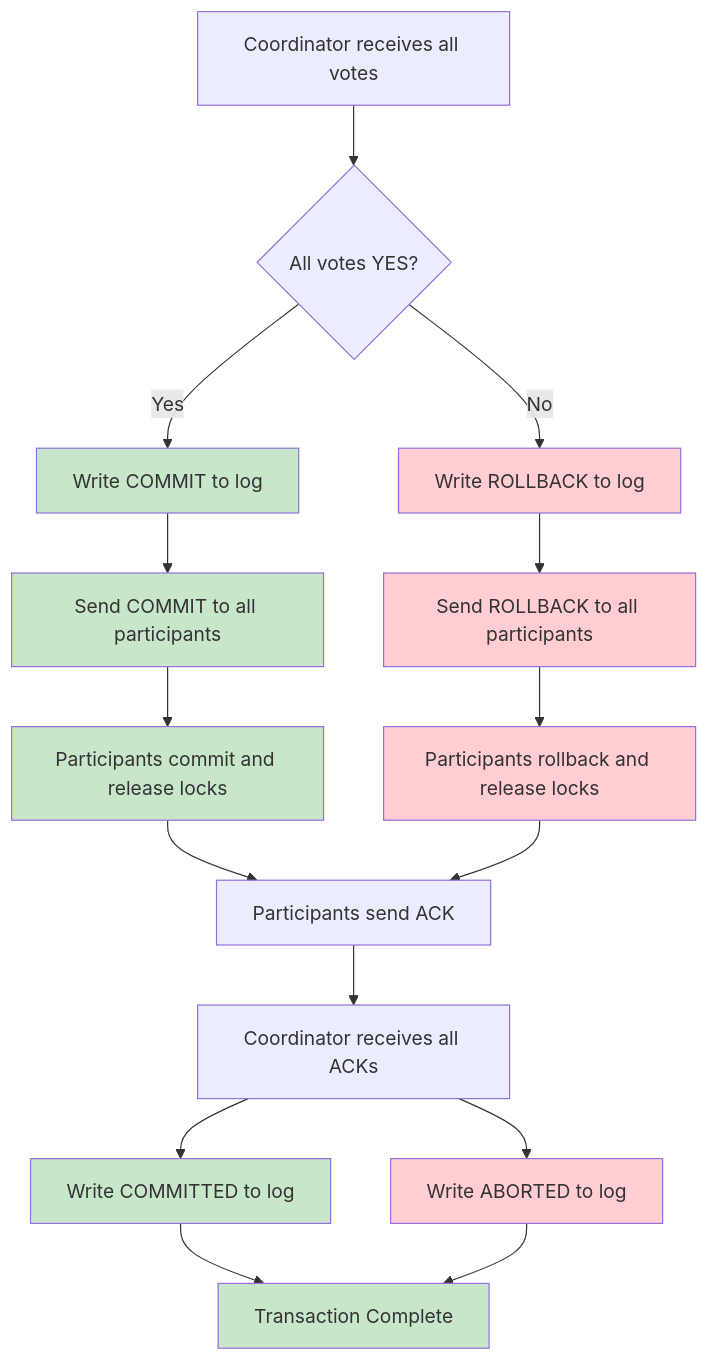
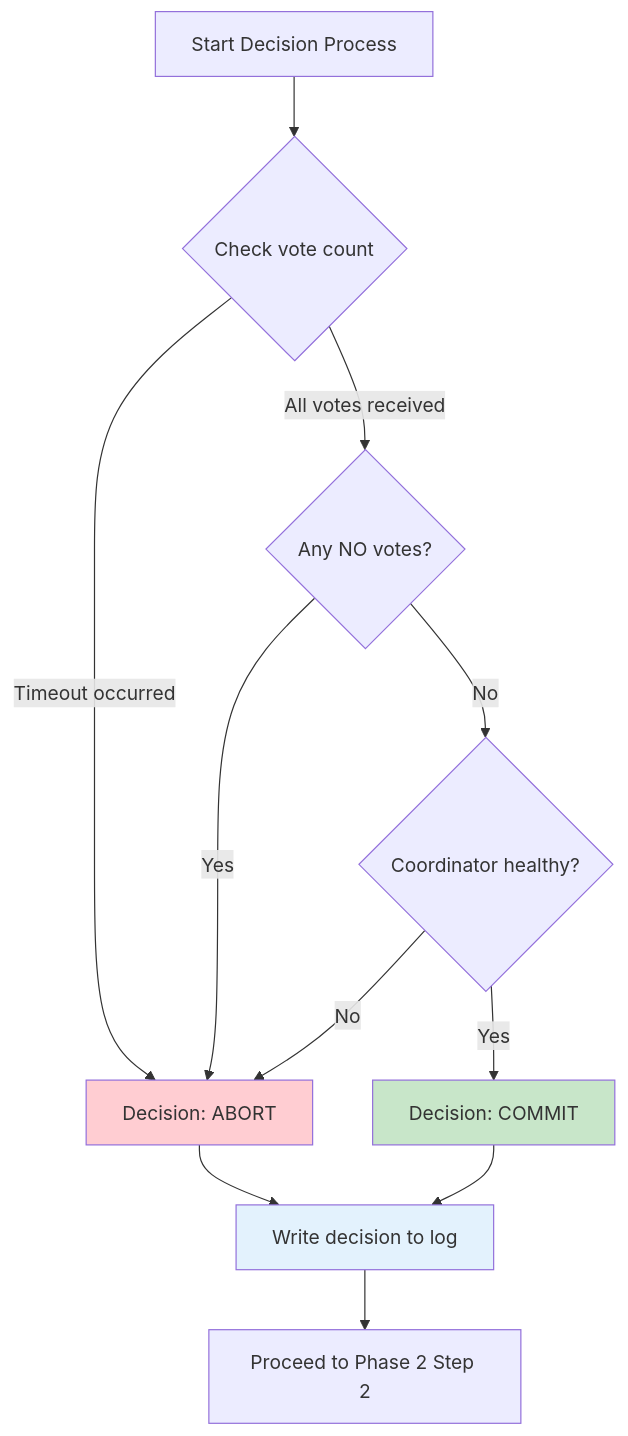
The sixth of 21 diagrams in deepdives/system-design/two-phase-commit/README.md (basit-budroo/swe-deepdives), drawn with Mermaid before and after one commit. The commit also changed other lines of this file, not shown here.

First line of the commit message:
Fix 2PC WAL/fsync sequence and mermaid parse errors

````diff
--- a/deepdives/system-design/two-phase-commit/README.md
+++ b/deepdives/system-design/two-phase-commit/README.md
@@ -298,27 +593,17 @@
 ```mermaid
 flowchart TD
-    A[Coordinator receives all votes] --> B{All votes YES?}
-    B -->|Yes| C[Write COMMIT to log]
-    B -->|No| D[Write ROLLBACK to log]
-    C --> E[Send COMMIT to all participants]
-    D --> F[Send ROLLBACK to all participants]
-    E --> G[Participants commit and release locks]
-    F --> H[Participants rollback and release locks]
-    G --> I[Participants send ACK]
-    H --> I
-    I --> J[Coordinator receives all ACKs]
-    J --> K[Write COMMITTED to log]
-    J --> L[Write ABORTED to log]
-    K --> M[Transaction Complete]
-    L --> M
+    A[Start Decision Process] --> B{Check vote count}
+    B -->|All votes received| C{Any NO votes?}
+    B -->|Timeout occurred| D[Decision: ABORT]
+    C -->|Yes| D
+    C -->|No| E{Coordinator healthy?}
+    E -->|No| D
+    E -->|Yes| F[Decision: COMMIT]
+    D --> G[Write decision to log]
+    F --> G
+    G --> H[Proceed to Phase 2 Step 2]
     
-    style C fill:#c8e6c9
-    style E fill:#c8e6c9
-    style G fill:#c8e6c9
-    style K fill:#c8e6c9
-    style M fill:#c8e6c9
     style D fill:#ffcdd2
-    style F fill:#ffcdd2
-    style H fill:#ffcdd2
-    style L fill:#ffcdd2
+    style F fill:#c8e6c9
+    style G fill:#e3f2fd
 ```
````
